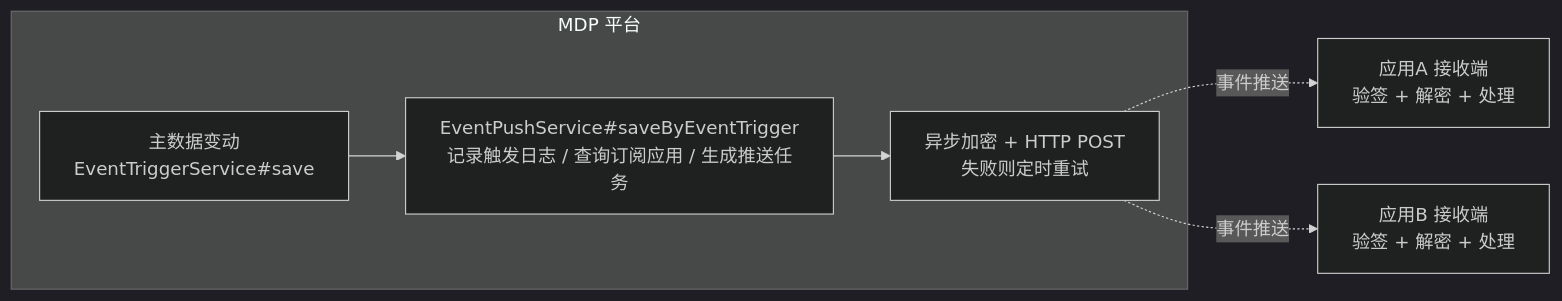
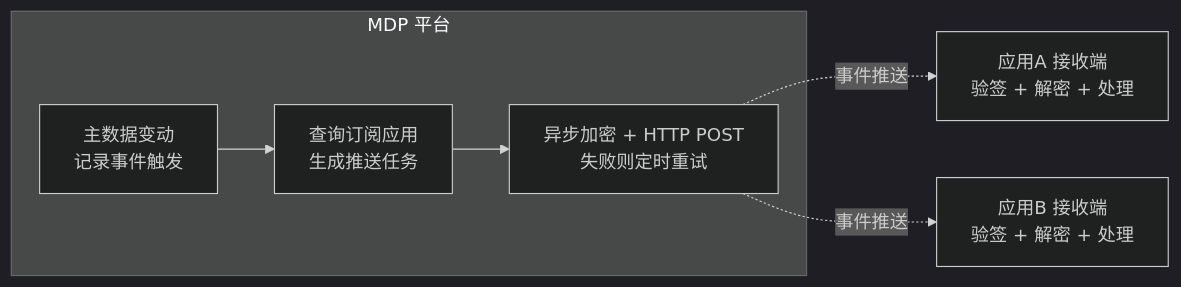
Before and after one commit to henhen6/mdp-docs: the diagram in src/doc/integration/事件回调.md, drawn with Mermaid (dark theme). The commit also changed other lines of this file and 14 other files, not shown here.

````diff
--- a/src/doc/integration/事件回调.md
+++ b/src/doc/integration/事件回调.md
@@ -22,14 +22,14 @@
 ```mermaid
 flowchart LR
     subgraph MDP["MDP 平台"]
-        A["主数据变动<br/>EventTriggerService#save"]
-        B["EventPushService#saveByEventTrigger<br/>记录触发日志 / 查询订阅应用 / 生成推送任务"]
+        A["主数据变动<br/>记录事件触发"]
+        B["查询订阅应用<br/>生成推送任务"]
         C["异步加密 + HTTP POST<br/>失败则定时重试"]
     end
     D["应用A 接收端<br/>验签 + 解密 + 处理"]
     E["应用B 接收端<br/>验签 + 解密 + 处理"]
     A --> B
     B --> C
     C -.->|事件推送| D
     C -.->|事件推送| E
 ```
````
